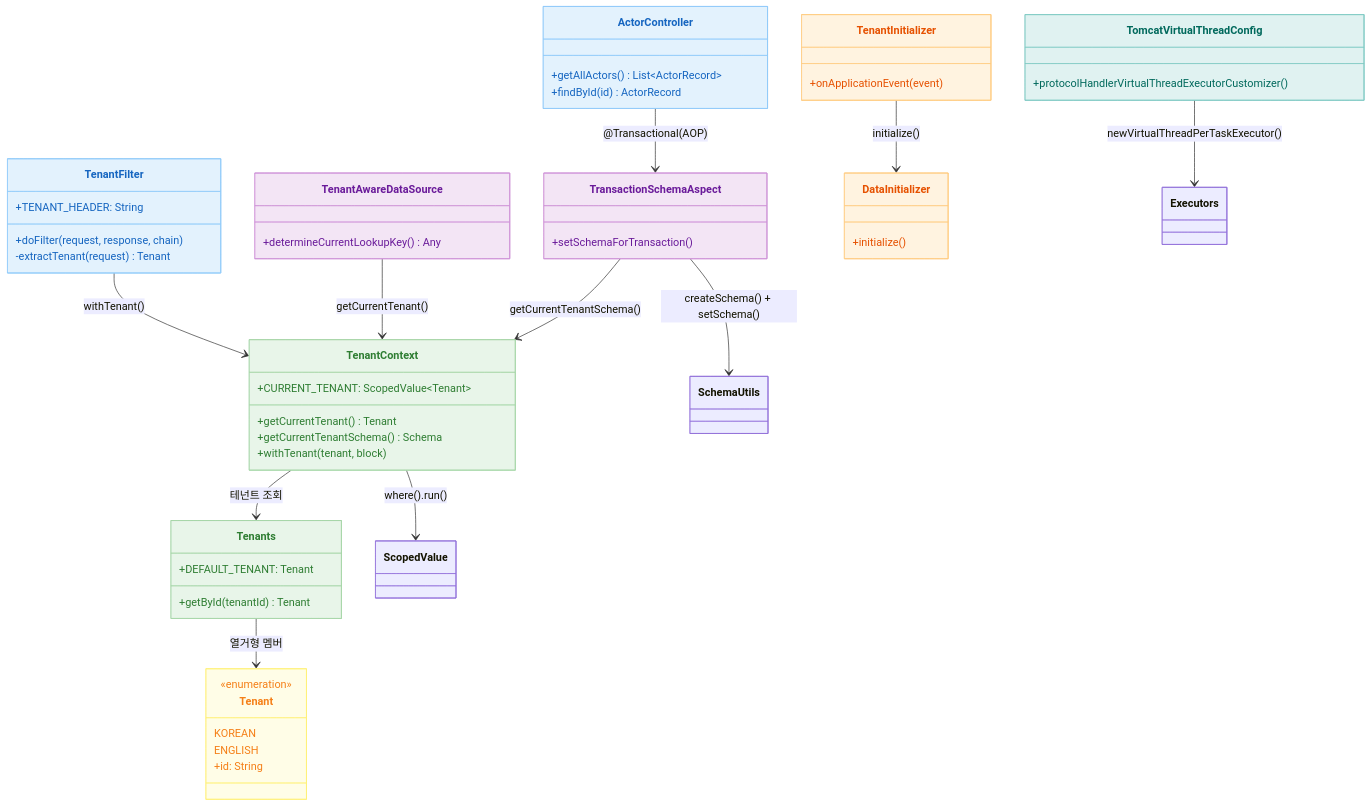
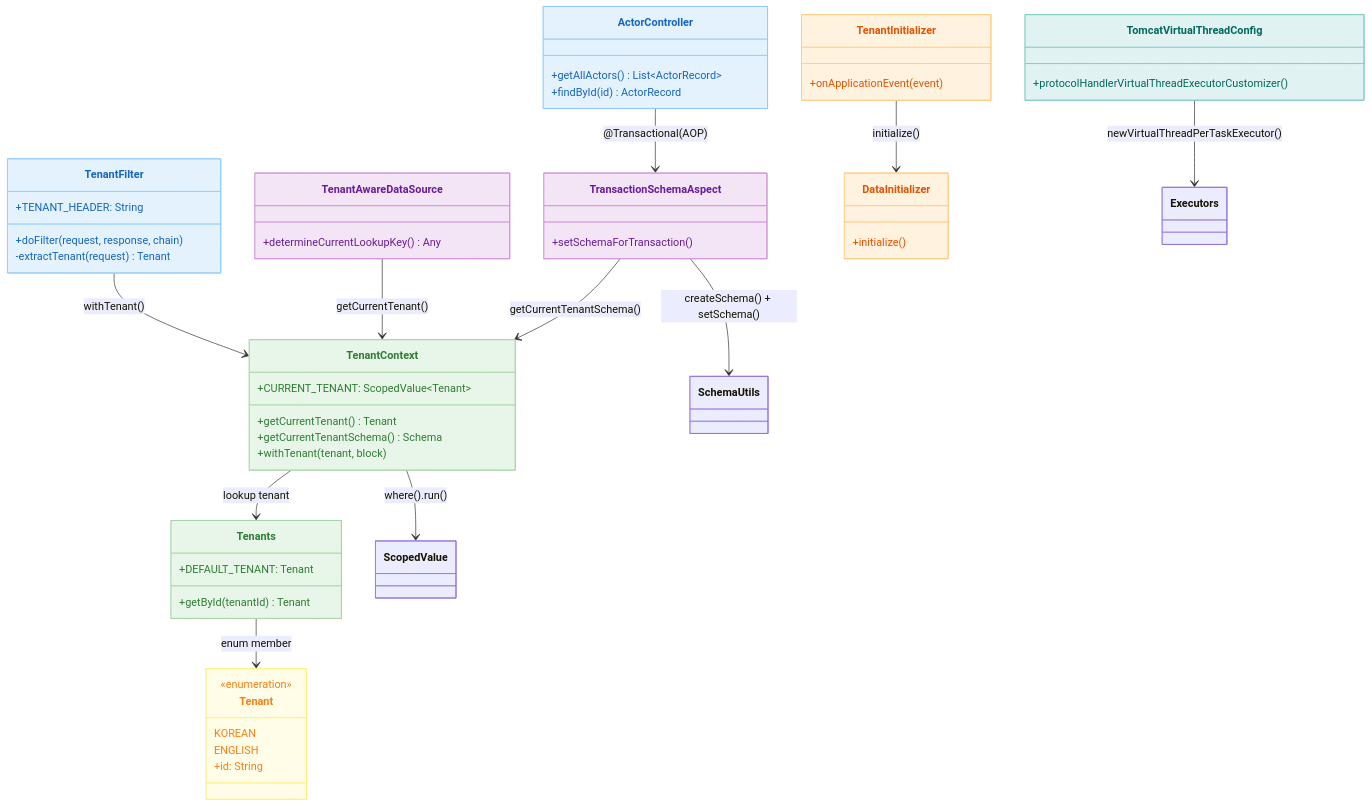
Before and after one commit to bluetape4k/exposed-workshop: the second of 4 diagrams in 10-multi-tenant/02-multitenant-spring-web-virtualthread/README.md, drawn with Mermaid. The commit also changed other lines of this file and 115 other files, not shown here.

````diff
--- a/10-multi-tenant/02-multitenant-spring-web-virtualthread/README.md
+++ b/10-multi-tenant/02-multitenant-spring-web-virtualthread/README.md
@@ -60,74 +61,74 @@
 ```mermaid
 classDiagram
     class TomcatVirtualThreadConfig {
         +protocolHandlerVirtualThreadExecutorCustomizer()
     }
 
     class TenantFilter {
         +TENANT_HEADER: String
         +doFilter(request, response, chain)
         -extractTenant(request) Tenant
     }
 
     class TenantContext {
         +CURRENT_TENANT: ScopedValue~Tenant~
         +getCurrentTenant() Tenant
         +getCurrentTenantSchema() Schema
         +withTenant(tenant, block)
     }
 
     class Tenants {
         +DEFAULT_TENANT: Tenant
         +getById(tenantId) Tenant
     }
 
     class Tenant {
         <<enumeration>>
         KOREAN
         ENGLISH
         +id: String
     }
 
     class TenantAwareDataSource {
         +determineCurrentLookupKey() Any
     }
 
     class TransactionSchemaAspect {
         +setSchemaForTransaction()
     }
 
     class TenantInitializer {
         +onApplicationEvent(event)
     }
 
     class DataInitializer {
         +initialize()
     }
 
     class ActorController {
         +getAllActors() List~ActorRecord~
         +findById(id) ActorRecord
     }
 
     TomcatVirtualThreadConfig --> Executors : newVirtualThreadPerTaskExecutor()
     TenantFilter --> TenantContext : withTenant()
-    TenantContext --> Tenants : 테넌트 조회
-    Tenants --> Tenant : 열거형 멤버
+    TenantContext --> Tenants : lookup tenant
+    Tenants --> Tenant : enum member
     TenantContext --> ScopedValue : where().run()
     TenantAwareDataSource --> TenantContext : getCurrentTenant()
     TransactionSchemaAspect --> TenantContext : getCurrentTenantSchema()
     TransactionSchemaAspect --> SchemaUtils : createSchema() + setSchema()
     TenantInitializer --> DataInitializer : initialize()
     ActorController --> TransactionSchemaAspect : @Transactional(AOP)
 
     style TomcatVirtualThreadConfig fill:#E0F2F1,stroke:#80CBC4,color:#00695C
     style TenantFilter fill:#E3F2FD,stroke:#90CAF9,color:#1565C0
     style TenantContext fill:#E8F5E9,stroke:#A5D6A7,color:#2E7D32
     style Tenants fill:#E8F5E9,stroke:#A5D6A7,color:#2E7D32
     style Tenant fill:#FFFDE7,stroke:#FFF176,color:#F57F17
     style TenantAwareDataSource fill:#F3E5F5,stroke:#CE93D8,color:#6A1B9A
     style TransactionSchemaAspect fill:#F3E5F5,stroke:#CE93D8,color:#6A1B9A
     style TenantInitializer fill:#FFF3E0,stroke:#FFCC80,color:#E65100
     style DataInitializer fill:#FFF3E0,stroke:#FFCC80,color:#E65100
     style ActorController fill:#E3F2FD,stroke:#90CAF9,color:#1565C0
 ```
````
